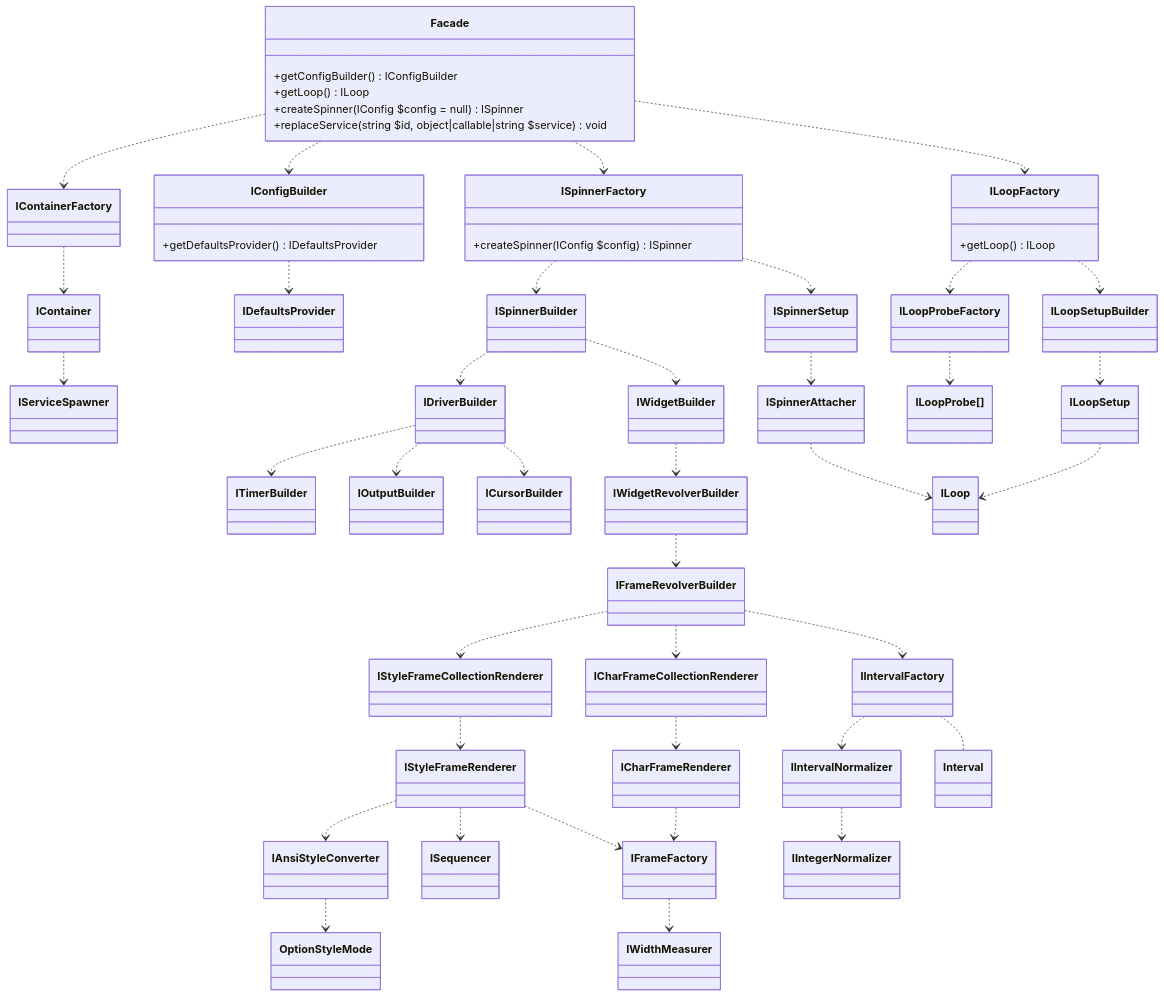
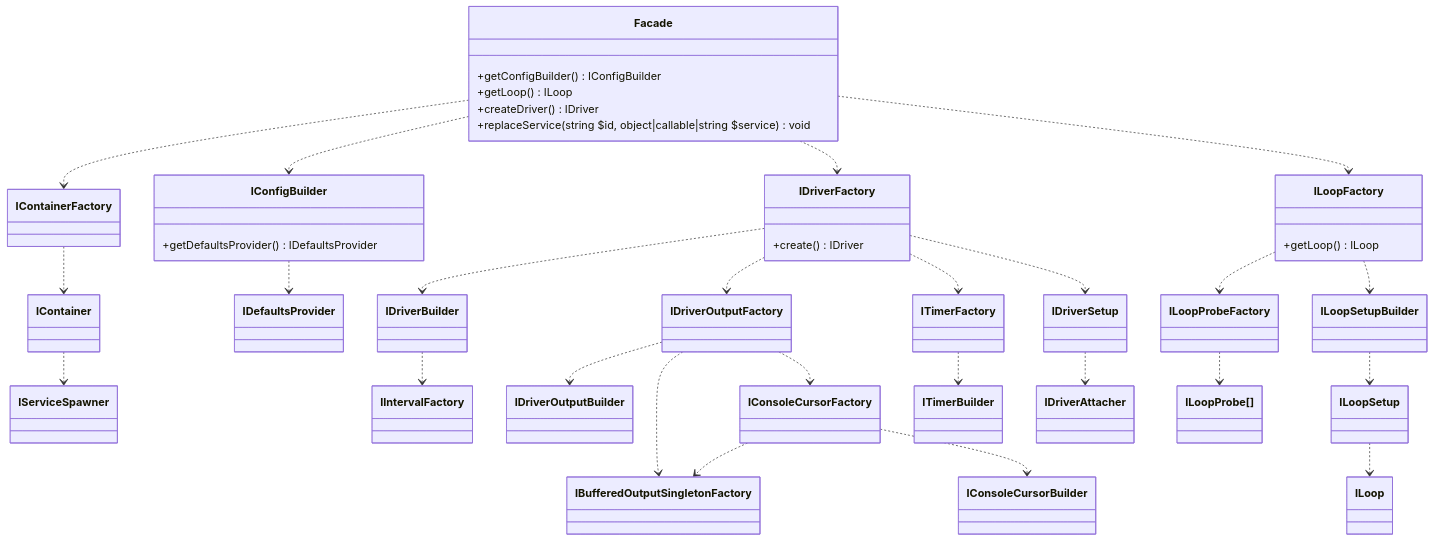
Before and after one commit to alecrabbit/php-console-spinner: the first of 2 diagrams in doc/info/chart/services.md, drawn with Mermaid. The commit also changed 25 other files, not shown here.

````diff
--- a/doc/info/chart/services.md
+++ b/doc/info/chart/services.md
@@ -5,14 +5,14 @@
     direction TB
     Facade ..> IContainerFactory
     Facade ..> IConfigBuilder
-    Facade ..> ISpinnerFactory
+    Facade ..> IDriverFactory
     Facade ..> ILoopFactory
    
 
     class Facade {
         +getConfigBuilder() IConfigBuilder
         +getLoop() ILoop
-        +createSpinner(IConfig $config = null) ISpinner
+        +createDriver() IDriver
         +replaceService(string $id, object|callable|string $service) void
     }
     
@@ -20,19 +20,30 @@
     
     IContainer ..> IServiceSpawner
 
-    ISpinnerFactory ..> ISpinnerBuilder
-    ISpinnerFactory ..> ISpinnerSetup
-
+    IDriverFactory ..> IDriverBuilder
+    IDriverFactory ..> IDriverOutputFactory
+    IDriverFactory ..> ITimerFactory
+    IDriverFactory ..> IDriverSetup
+    
+    class IDriverFactory {
+        +create() IDriver
+    }
+    
+    IDriverOutputFactory ..> IDriverOutputBuilder
+    IDriverOutputFactory ..> IBufferedOutputSingletonFactory
+    IDriverOutputFactory ..> IConsoleCursorFactory
+    
+    IDriverBuilder ..> IIntervalFactory
+    
+    IConsoleCursorFactory ..> IBufferedOutputSingletonFactory
+    IConsoleCursorFactory ..> IConsoleCursorBuilder
+    
+    ITimerFactory ..> ITimerBuilder
+    
+    IDriverSetup ..> IDriverAttacher
+    
     ILoopSetup ..> ILoop
 
-    ISpinnerSetup ..> ISpinnerAttacher
-
-    ISpinnerAttacher ..> ILoop
-    
-    class ISpinnerFactory {
-        +createSpinner(IConfig $config) ISpinner
-    }
-    
     IConfigBuilder ..> IDefaultsProvider
     
     class IConfigBuilder {
@@ -49,40 +60,4 @@
     class ILoopFactory {
         +getLoop() ILoop
     }
-    
-    ISpinnerBuilder ..> IDriverBuilder
-    ISpinnerBuilder ..> IWidgetBuilder
-
-    IDriverBuilder ..> ITimerBuilder
-    IDriverBuilder ..> IOutputBuilder
-    IDriverBuilder ..> ICursorBuilder
-
-    IWidgetBuilder ..> IWidgetRevolverBuilder
-
-    IWidgetRevolverBuilder ..> IFrameRevolverBuilder
-
-    IFrameRevolverBuilder ..> IStyleFrameCollectionRenderer
-    IFrameRevolverBuilder ..> ICharFrameCollectionRenderer
-    IFrameRevolverBuilder ..> IIntervalFactory
-
-    IIntervalFactory ..> IIntervalNormalizer
-    IIntervalFactory .. Interval
-
-    IIntervalNormalizer ..> IIntegerNormalizer
-
-    IStyleFrameCollectionRenderer ..> IStyleFrameRenderer
-
-    ICharFrameCollectionRenderer ..> ICharFrameRenderer
-
-    IStyleFrameRenderer ..> IAnsiStyleConverter
-    IStyleFrameRenderer ..> ISequencer
-    IStyleFrameRenderer ..> IFrameFactory
-    
-    ICharFrameRenderer ..> IFrameFactory
-
-    IAnsiStyleConverter ..> OptionStyleMode
-
-    IFrameFactory ..> IWidthMeasurer
-
-
 ```
````
